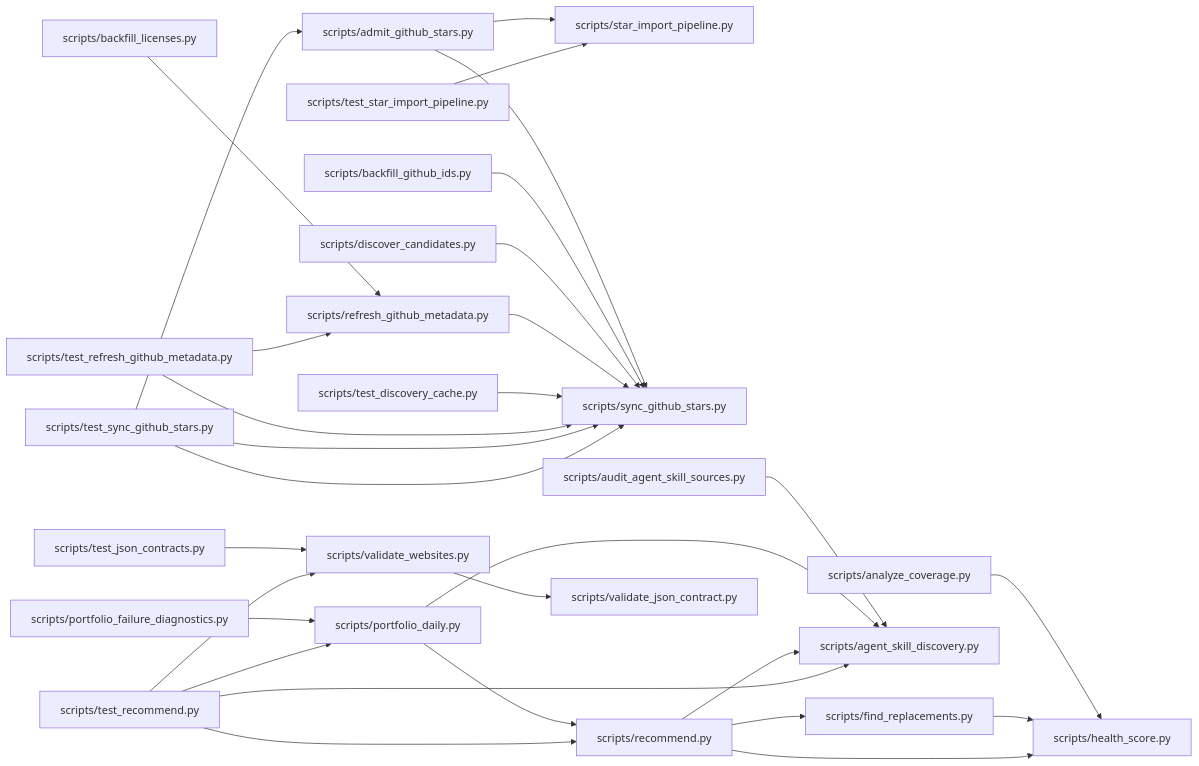
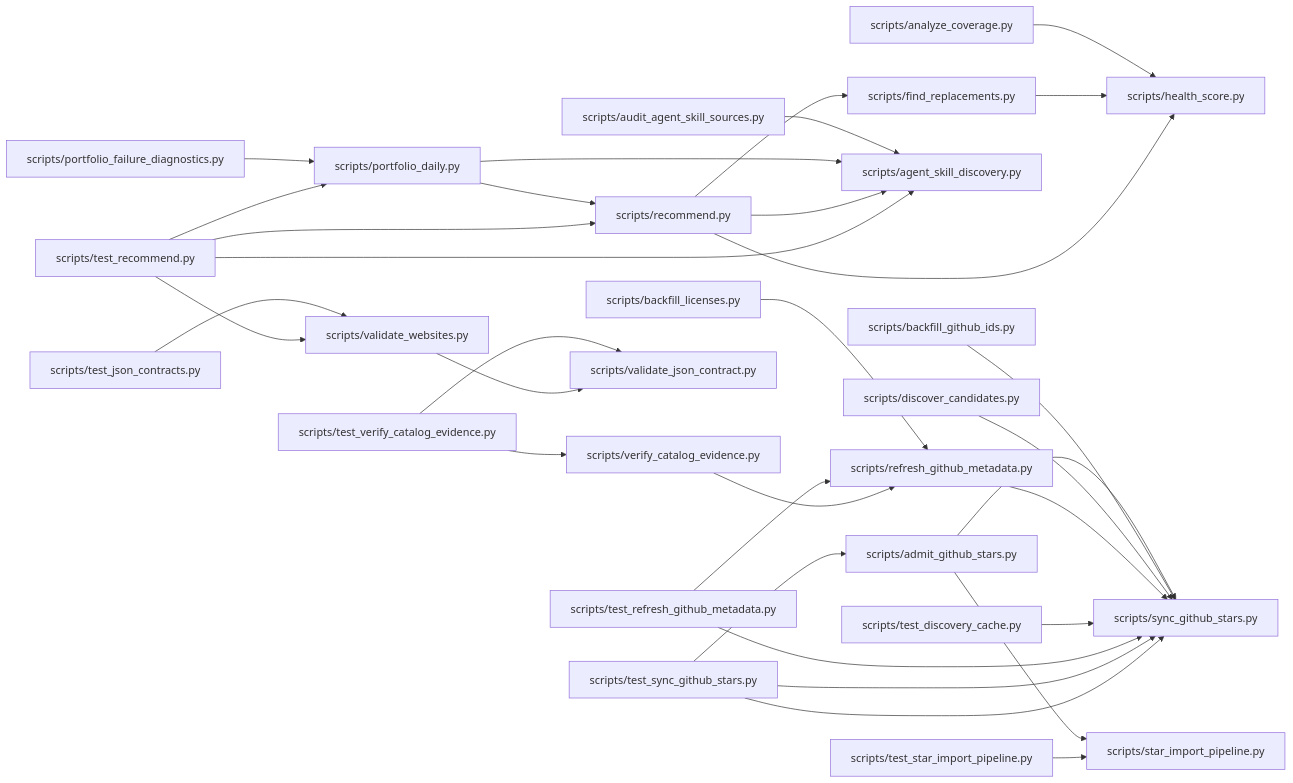
One commit to dbrckk/star-list changed the diagram in .ai/brain/architecture.mmd. Above: the diagram before and after it, drawn with Mermaid. The commit also changed 81 other files, not shown here.

```diff
--- a/.ai/brain/architecture.mmd
+++ b/.ai/brain/architecture.mmd
@@ -1,29 +1,32 @@
 flowchart LR
   n8d03612ec4["scripts/admit_github_stars.py"] --> n83b2d4016a["scripts/star_import_pipeline.py"]
   n8d03612ec4["scripts/admit_github_stars.py"] --> n9ec765cbfe["scripts/sync_github_stars.py"]
   n493b546fce["scripts/analyze_coverage.py"] --> n61da7feb3f["scripts/health_score.py"]
   nf8bb101102["scripts/audit_agent_skill_sources.py"] --> n6f6651784c["scripts/agent_skill_discovery.py"]
   n492d5ac0a2["scripts/backfill_github_ids.py"] --> n9ec765cbfe["scripts/sync_github_stars.py"]
   nbea452dbc9["scripts/backfill_licenses.py"] --> n673a0bb367["scripts/refresh_github_metadata.py"]
   n19fd372d41["scripts/discover_candidates.py"] --> n9ec765cbfe["scripts/sync_github_stars.py"]
   n3c5af248bc["scripts/find_replacements.py"] --> n61da7feb3f["scripts/health_score.py"]
   n9c65ddcee9["scripts/portfolio_daily.py"] --> n6f6651784c["scripts/agent_skill_discovery.py"]
   n9c65ddcee9["scripts/portfolio_daily.py"] --> n6b33751c21["scripts/recommend.py"]
   nc1854cfb67["scripts/portfolio_failure_diagnostics.py"] --> n9c65ddcee9["scripts/portfolio_daily.py"]
   n6b33751c21["scripts/recommend.py"] --> n6f6651784c["scripts/agent_skill_discovery.py"]
   n6b33751c21["scripts/recommend.py"] --> n3c5af248bc["scripts/find_replacements.py"]
   n6b33751c21["scripts/recommend.py"] --> n61da7feb3f["scripts/health_score.py"]
   n673a0bb367["scripts/refresh_github_metadata.py"] --> n9ec765cbfe["scripts/sync_github_stars.py"]
   n5d2467085c["scripts/test_discovery_cache.py"] --> n9ec765cbfe["scripts/sync_github_stars.py"]
   n116275bc4e["scripts/test_json_contracts.py"] --> nd96d7a95bb["scripts/validate_websites.py"]
   n351bd21466["scripts/test_recommend.py"] --> n6f6651784c["scripts/agent_skill_discovery.py"]
   n351bd21466["scripts/test_recommend.py"] --> n9c65ddcee9["scripts/portfolio_daily.py"]
   n351bd21466["scripts/test_recommend.py"] --> n6b33751c21["scripts/recommend.py"]
   n351bd21466["scripts/test_recommend.py"] --> nd96d7a95bb["scripts/validate_websites.py"]
   nfc3af7e38e["scripts/test_refresh_github_metadata.py"] --> n673a0bb367["scripts/refresh_github_metadata.py"]
   nfc3af7e38e["scripts/test_refresh_github_metadata.py"] --> n9ec765cbfe["scripts/sync_github_stars.py"]
   n0c8a572d8b["scripts/test_star_import_pipeline.py"] --> n83b2d4016a["scripts/star_import_pipeline.py"]
   n895eef35e5["scripts/test_sync_github_stars.py"] --> n8d03612ec4["scripts/admit_github_stars.py"]
   n895eef35e5["scripts/test_sync_github_stars.py"] --> n9ec765cbfe["scripts/sync_github_stars.py"]
+  nf529075003["scripts/test_verify_catalog_evidence.py"] --> nbd2a675ab8["scripts/validate_json_contract.py"]
+  nf529075003["scripts/test_verify_catalog_evidence.py"] --> n387ca81352["scripts/verify_catalog_evidence.py"]
   nd96d7a95bb["scripts/validate_websites.py"] --> nbd2a675ab8["scripts/validate_json_contract.py"]
+  n387ca81352["scripts/verify_catalog_evidence.py"] --> n673a0bb367["scripts/refresh_github_metadata.py"]
   n895eef35e5["scripts/test_sync_github_stars.py"] --> n9ec765cbfe["scripts/sync_github_stars.py"]
```
